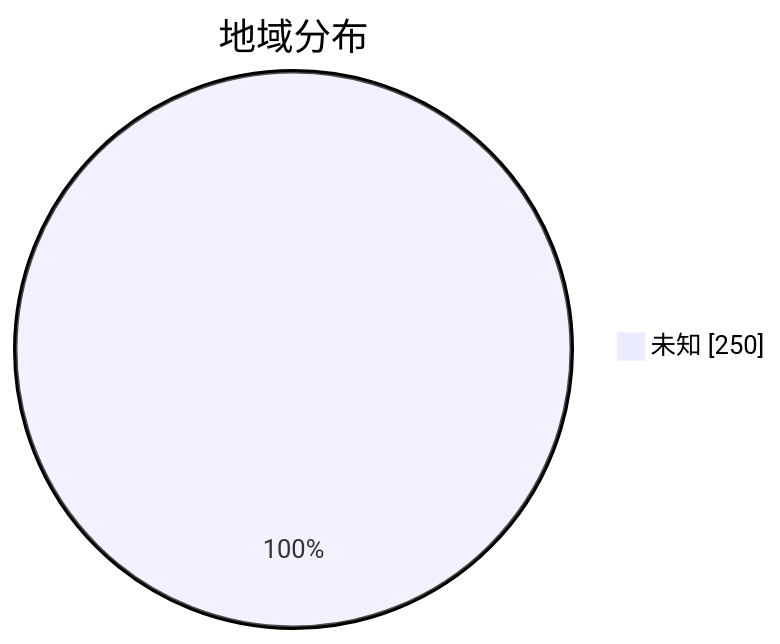
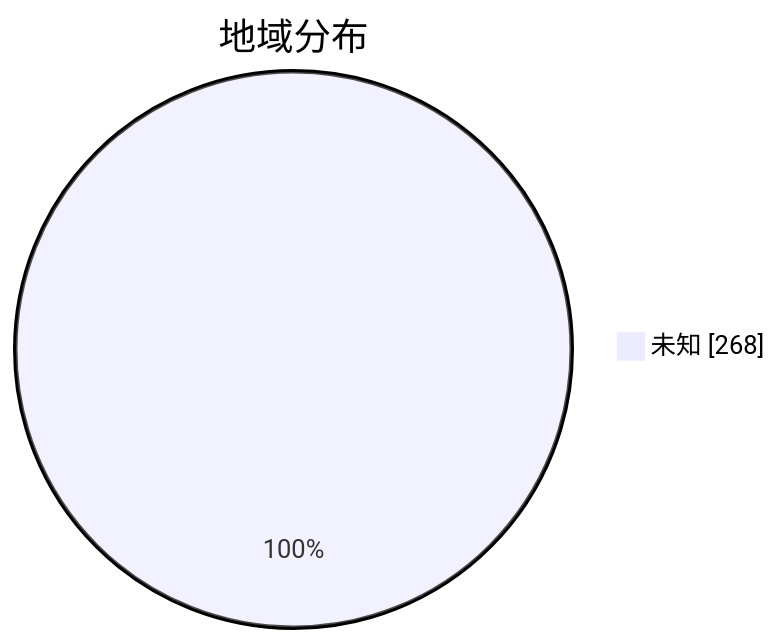
Before and after one commit to qjlxg/airport: the second of 3 diagrams in subs/statistics/tested_within.md, drawn with Mermaid. The commit also changed other lines of this file and 2 other files, not shown here.

````diff
--- a/subs/statistics/tested_within.md
+++ b/subs/statistics/tested_within.md
@@ -14,5 +13,5 @@
 ```mermaid
 pie showData
 title 地域分布
-"未知" : 250
+"未知" : 268
 ```
````
